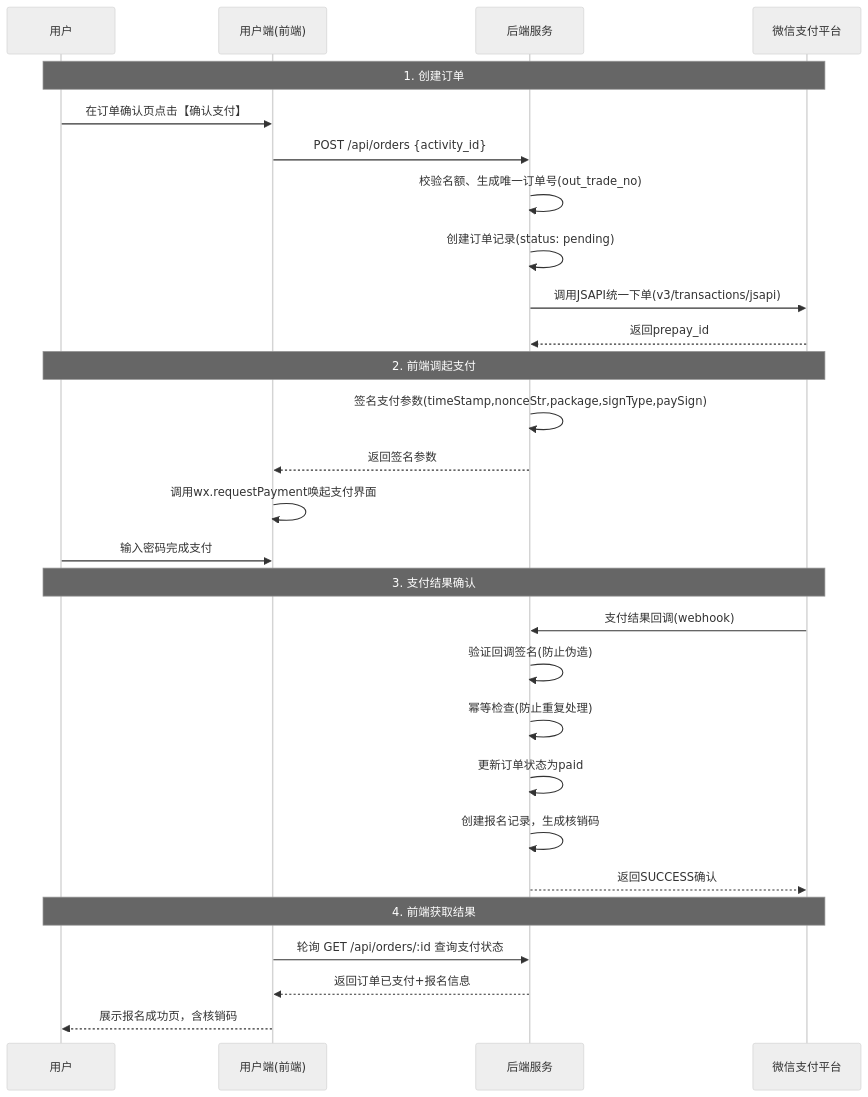
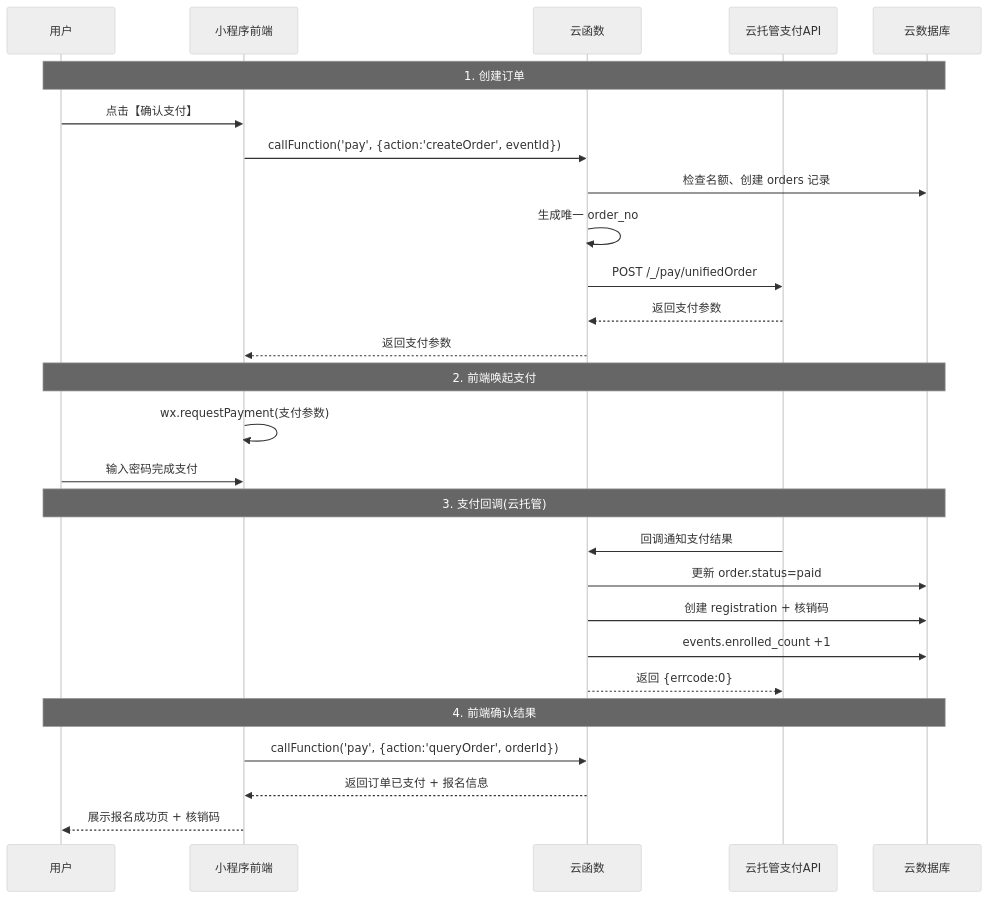
The fourth of 5 diagrams in .vibe-context/PRD.md (randyluo85/greenwing), drawn with Mermaid (neutral theme) before and after one commit. The commit also changed other lines of this file and 272 other files, not shown here.

````diff
--- a/.vibe-context/PRD.md
+++ b/.vibe-context/PRD.md
@@ -329,34 +358,33 @@
 ```mermaid
 sequenceDiagram
     participant User as 用户
-    participant Frontend as 用户端(前端)
-    participant Backend as 后端服务
-    participant WeChatPay as 微信支付平台
+    participant Frontend as 小程序前端
+    participant CloudFunc as 云函数
+    participant PayAPI as 云托管支付API
+    participant DB as 云数据库
 
-    Note over User,WeChatPay: 1. 创建订单
-    User->>Frontend: 在订单确认页点击【确认支付】
-    Frontend->>Backend: POST /api/orders {activity_id}
-    Backend->>Backend: 校验名额、生成唯一订单号(out_trade_no)
-    Backend->>Backend: 创建订单记录(status: pending)
-    Backend->>WeChatPay: 调用JSAPI统一下单(v3/transactions/jsapi)
-    WeChatPay-->>Backend: 返回prepay_id
+    Note over User,DB: 1. 创建订单
+    User->>Frontend: 点击【确认支付】
+    Frontend->>CloudFunc: callFunction('pay', {action:'createOrder', eventId})
+    CloudFunc->>DB: 检查名额、创建 orders 记录
+    CloudFunc->>CloudFunc: 生成唯一 order_no
+    CloudFunc->>PayAPI: POST /_/pay/unifiedOrder
+    PayAPI-->>CloudFunc: 返回支付参数
+    CloudFunc-->>Frontend: 返回支付参数
 
-    Note over User,WeChatPay: 2. 前端调起支付
-    Backend->>Backend: 签名支付参数(timeStamp,nonceStr,package,signType,paySign)
-    Backend-->>Frontend: 返回签名参数
-    Frontend->>Frontend: 调用wx.requestPayment唤起支付界面
+    Note over User,DB: 2. 前端唤起支付
+    Frontend->>Frontend: wx.requestPayment(支付参数)
     User->>Frontend: 输入密码完成支付
 
-    Note over User,WeChatPay: 3. 支付结果确认
-    WeChatPay->>Backend: 支付结果回调(webhook)
-    Backend->>Backend: 验证回调签名(防止伪造)
-    Backend->>Backend: 幂等检查(防止重复处理)
-    Backend->>Backend: 更新订单状态为paid
-    Backend->>Backend: 创建报名记录，生成核销码
-    Backend-->>WeChatPay: 返回SUCCESS确认
+    Note over User,DB: 3. 支付回调(云托管)
+    PayAPI->>CloudFunc: 回调通知支付结果
+    CloudFunc->>DB: 更新 order.status=paid
+    CloudFunc->>DB: 创建 registration + 核销码
+    CloudFunc->>DB: events.enrolled_count +1
+    CloudFunc-->>PayAPI: 返回 {errcode:0}
 
-    Note over User,WeChatPay: 4. 前端获取结果
-    Frontend->>Backend: 轮询 GET /api/orders/:id 查询支付状态
-    Backend-->>Frontend: 返回订单已支付+报名信息
-    Frontend-->>User: 展示报名成功页，含核销码
+    Note over User,DB: 4. 前端确认结果
+    Frontend->>CloudFunc: callFunction('pay', {action:'queryOrder', orderId})
+    CloudFunc-->>Frontend: 返回订单已支付 + 报名信息
+    Frontend-->>User: 展示报名成功页 + 核销码
 ```
````
